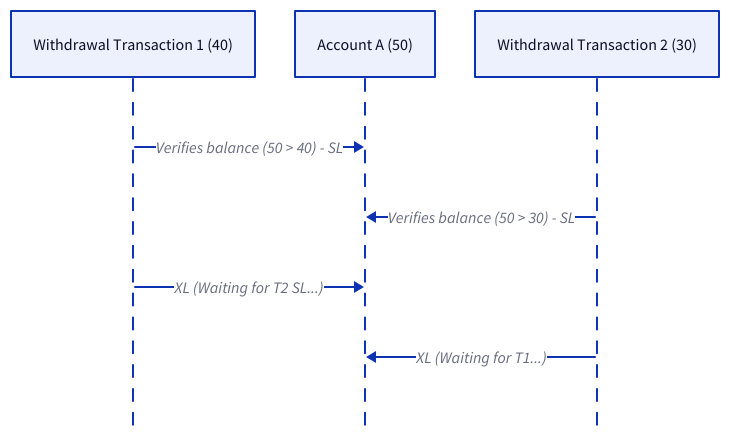
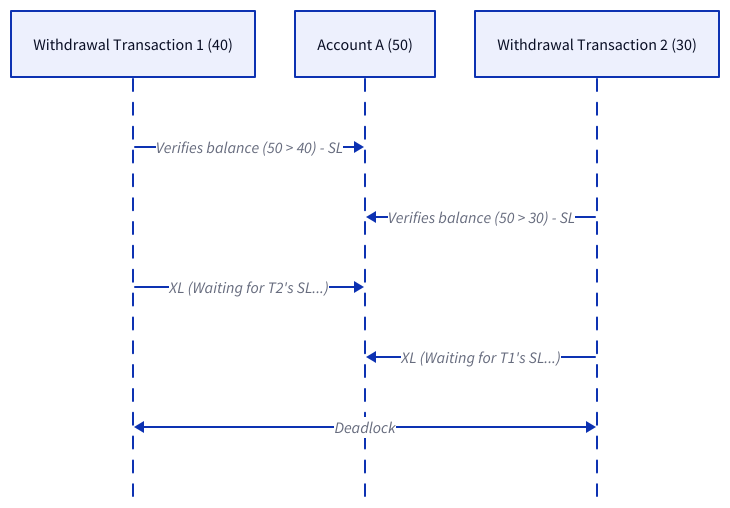
Before and after one commit to link1905/system-design-101: diagram 18 of 29 in content/docs/data-persistence/sql-database/concurrency-control.md, drawn with D2. The commit also changed other lines of this file and 49 other files, not shown here.

````diff
--- a/content/docs/data-persistence/sql-database/concurrency-control.md
+++ b/content/docs/data-persistence/sql-database/concurrency-control.md
@@ -568,15 +592,14 @@
 ```d2
 
 shape: sequence_diagram
 t1: Withdrawal Transaction 1 (40)
 a: Account A (50)
 t2: Withdrawal Transaction 2 (30)
 t1 -> a: Verifies balance (50 > 40) - SL
 t2 -> a: Verifies balance (50 > 30) - SL
-t1 -> a: XL (Waiting for T2 SL...) {
-  class: generic-error
-}
-t2 -> a: XL (Waiting for T1...) {
-  class: generic-error
+t1 -> a: XL (Waiting for T2's SL...)
+t2 -> a: XL (Waiting for T1's SL...)
+t1 <-> t2: Deadlock {
+  class: error-conn
 }
 ```
````
